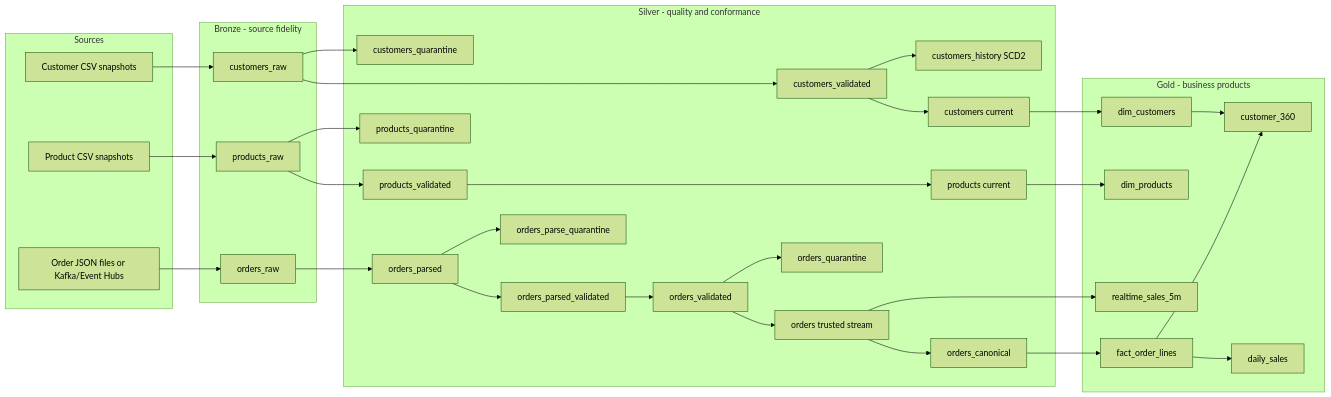
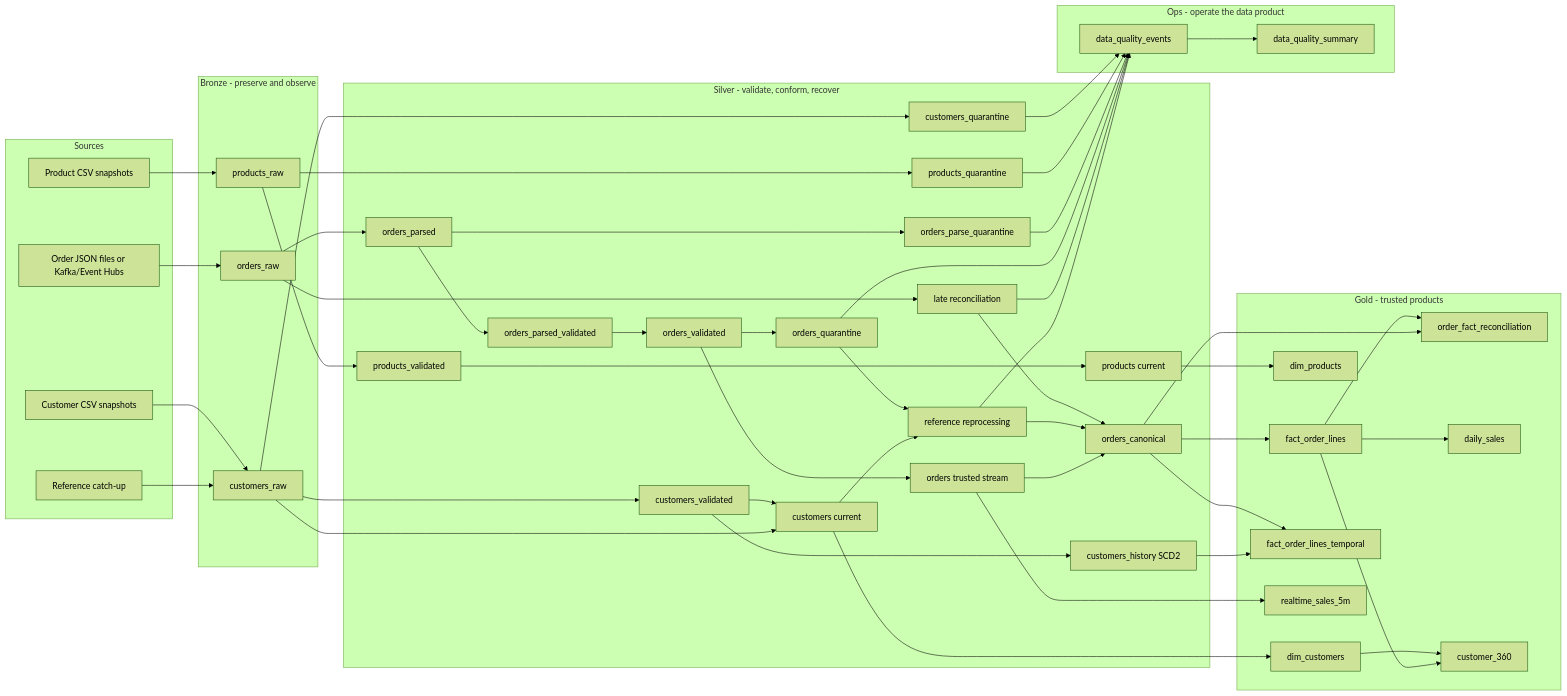
The diagram in docs/patterns/application-pipeline.md (MehdiTAZI/modern-data-platform-reference), drawn with Mermaid (forest theme) before and after one commit. The commit also changed other lines of this file, not shown here.

Commit message:
docs(data): deepen end-to-end application workflow

````diff
--- a/docs/patterns/application-pipeline.md
+++ b/docs/patterns/application-pipeline.md
@@ -7,58 +9,77 @@
 ```mermaid
 flowchart LR
   subgraph Sources
     C[Customer CSV snapshots]
     P[Product CSV snapshots]
     O[Order JSON files or Kafka/Event Hubs]
+    RC[Reference catch-up]
   end
 
-  subgraph Bronze[Bronze - source fidelity]
+  subgraph Bronze[Bronze - preserve and observe]
     CR[customers_raw]
     PR[products_raw]
     OR[orders_raw]
   end
 
-  subgraph Silver[Silver - quality and conformance]
+  subgraph Silver[Silver - validate, conform, recover]
     CV[customers_validated]
     CQ[customers_quarantine]
     CS[customers current]
     CH[customers_history SCD2]
     PV[products_validated]
     PQ[products_quarantine]
     PS[products current]
     OP[orders_parsed]
     OIV[orders_parsed_validated]
     OIQ[orders_parse_quarantine]
     OV[orders_validated]
     OQ[orders_quarantine]
     OS[orders trusted stream]
+    LR[late reconciliation]
+    RR[reference reprocessing]
     OC[orders_canonical]
   end
 
-  subgraph Gold[Gold - business products]
+  subgraph Gold[Gold - trusted products]
     DC[dim_customers]
     DP[dim_products]
     F[fact_order_lines]
+    FT[fact_order_lines_temporal]
+    REC[order_fact_reconciliation]
     DS[daily_sales]
     C360[customer_360]
     RT[realtime_sales_5m]
   end
 
-  C --> CR --> CV
+  subgraph Ops[Ops - operate the data product]
+    DQE[data_quality_events]
+    DQS[data_quality_summary]
+  end
+
+  C --> CR --> CV --> CS --> DC
   CR --> CQ
-  CV --> CS
   CV --> CH
-  P --> PR --> PV
+  P --> PR --> PV --> PS --> DP
   PR --> PQ
-  PV --> PS
   O --> OR --> OP --> OIV --> OV --> OS
   OP --> OIQ
   OV --> OQ
-  OS --> OC
-  CS --> DC
-  PS --> DP
-  OC --> F --> DS
+  OR --> LR --> OC
+  OQ --> RR --> OC
+  RC --> CR --> CS --> RR
+  OS --> OC --> F --> DS
+  OC --> FT
+  CH --> FT
+  F --> REC
+  OC --> REC
   DC --> C360
   F --> C360
   OS --> RT
+  CQ --> DQE
+  PQ --> DQE
+  OIQ --> DQE
+  OQ --> DQE
+  LR --> DQE
+  RR --> DQE
+  DQE --> DQS
 ```
````
